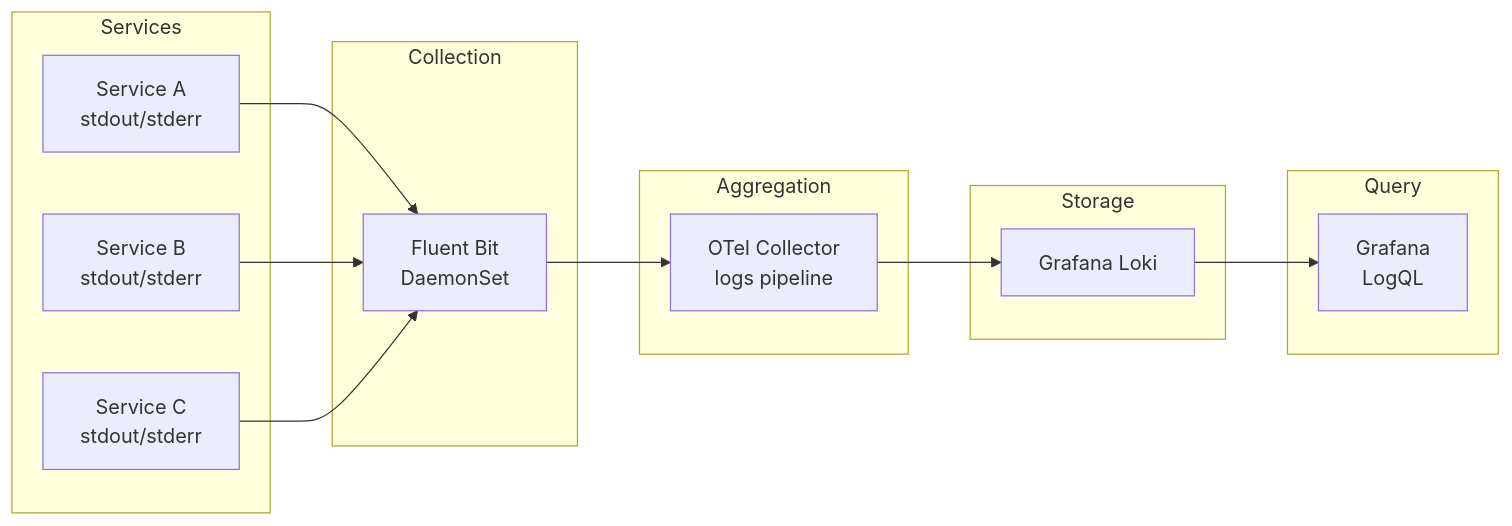
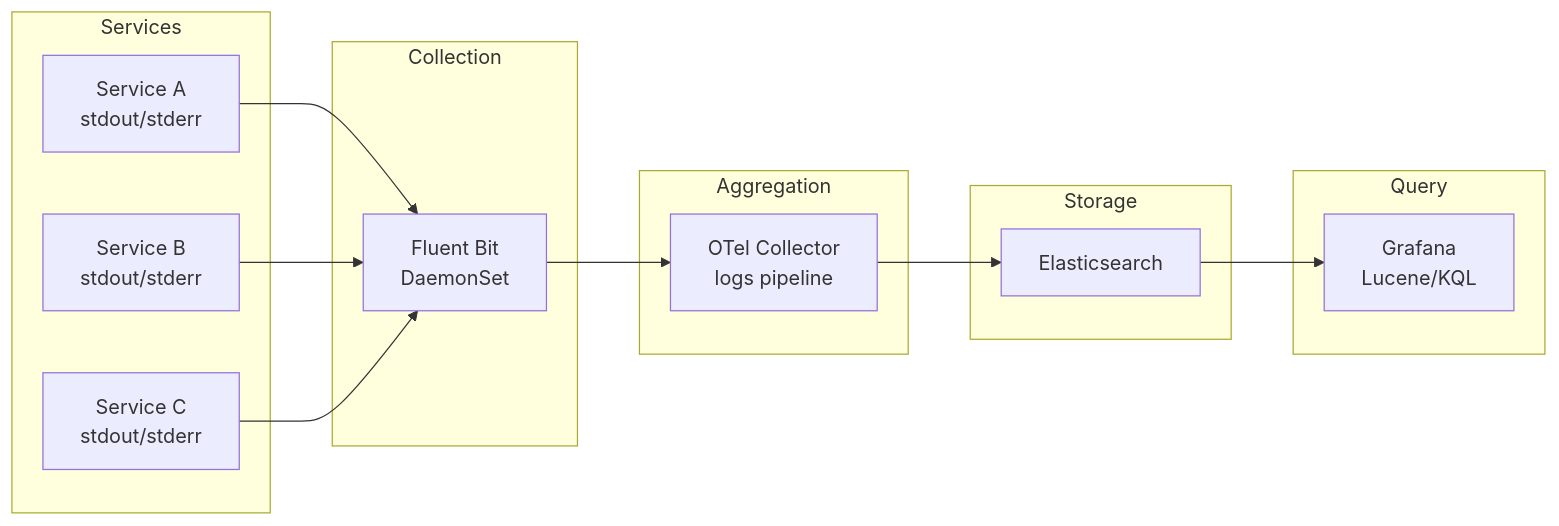
Before and after one commit to tordynnar/architecture_ideas: the seventh of 20 diagrams in ARCHITECTURE.md, drawn with Mermaid. The commit also changed other lines of this file, not shown here.

First line of the commit message:
Simplify architecture: consolidate on Elasticsearch for traces and logs

````diff
--- a/ARCHITECTURE.md
+++ b/ARCHITECTURE.md
@@ -371,31 +346,31 @@
 ```mermaid
 flowchart LR
     subgraph "Services"
         S1[Service A<br/>stdout/stderr]
         S2[Service B<br/>stdout/stderr]
         S3[Service C<br/>stdout/stderr]
     end
 
     subgraph "Collection"
         FB[Fluent Bit<br/>DaemonSet]
     end
 
     subgraph "Aggregation"
         OTEL[OTel Collector<br/>logs pipeline]
     end
 
     subgraph "Storage"
-        LOKI[Grafana Loki]
+        ES[Elasticsearch]
     end
 
     subgraph "Query"
-        GRAFANA[Grafana<br/>LogQL]
+        GRAFANA[Grafana<br/>Lucene/KQL]
     end
 
     S1 --> FB
     S2 --> FB
     S3 --> FB
     FB --> OTEL
-    OTEL --> LOKI
-    LOKI --> GRAFANA
+    OTEL --> ES
+    ES --> GRAFANA
 ```
````
